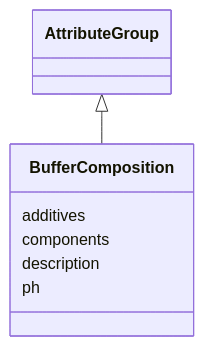
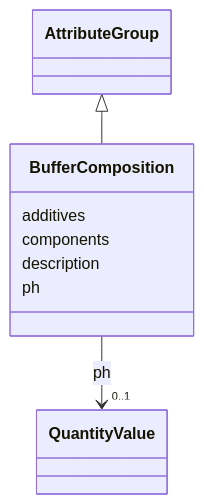
Before and after one commit to lambda-ber/lambda-ber-schema: the diagram in docs/elements/BufferComposition.md, drawn with Mermaid. The commit also changed other lines of this file and 404 other files, not shown here.

Commit message:
Update schema artifacts

````diff
--- a/docs/elements/BufferComposition.md
+++ b/docs/elements/BufferComposition.md
@@ -18,17 +18,26 @@
 ```mermaid
  classDiagram
     class BufferComposition
     click BufferComposition href "../BufferComposition/"
       AttributeGroup <|-- BufferComposition
         click AttributeGroup href "../AttributeGroup/"
       
       BufferComposition : additives
         
       BufferComposition : components
         
       BufferComposition : description
         
       BufferComposition : ph
         
+          
+    
+        
+        
+        BufferComposition --> "0..1" QuantityValue : ph
+        click QuantityValue href "../QuantityValue/"
+    
+
+        
       
 ```
````
